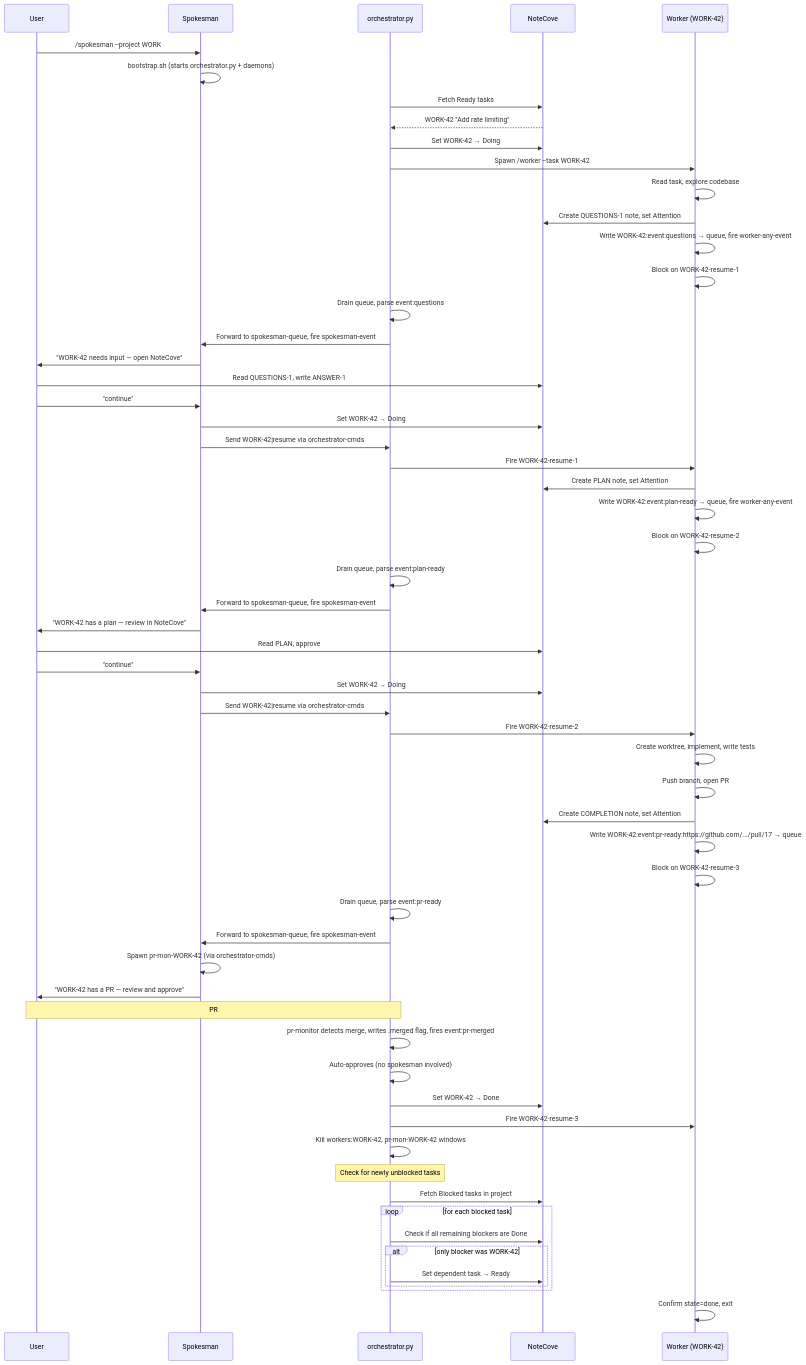
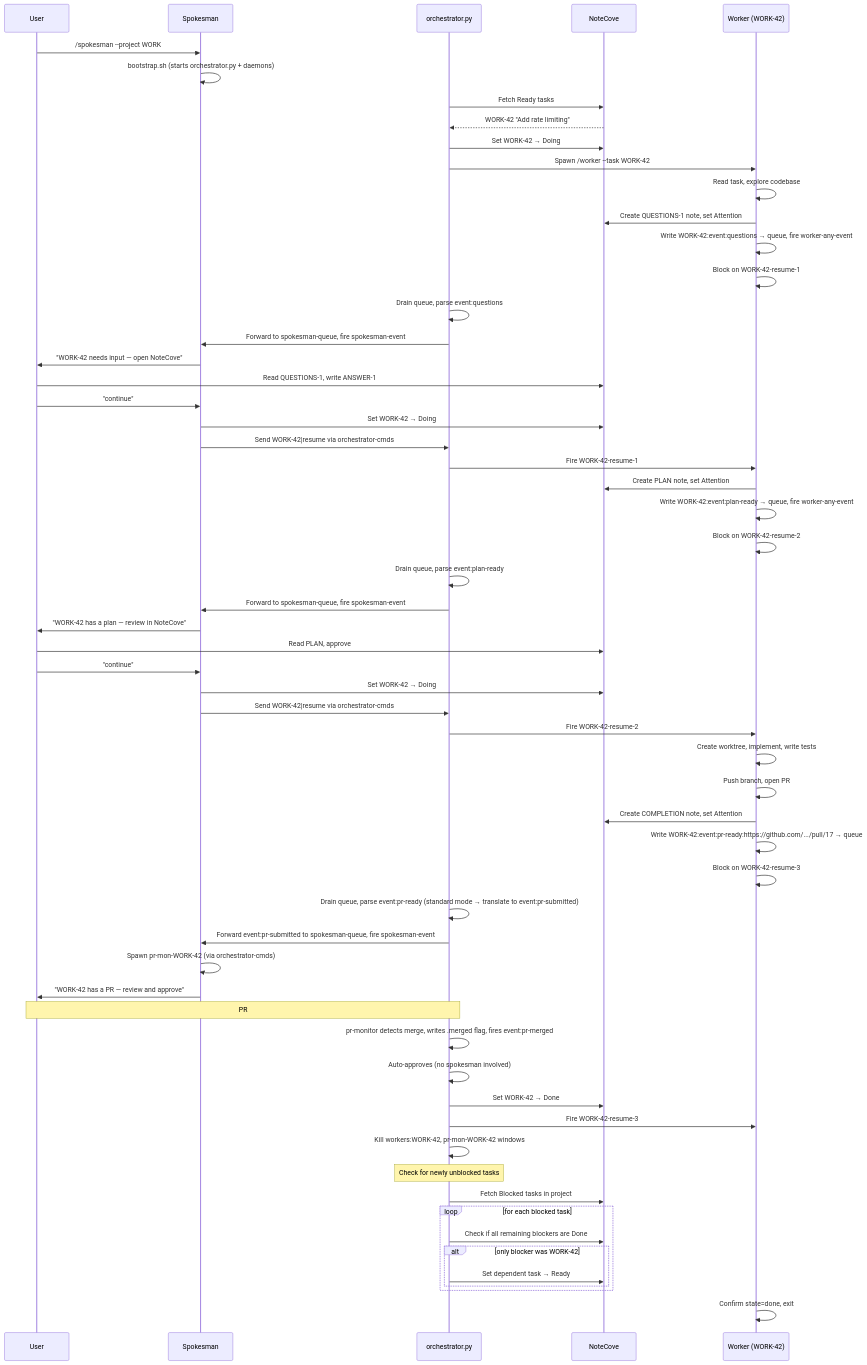
Diagram 11 of 13 in docs/agentic-workflow.md (gara2000/agentmesh), drawn with Mermaid before and after one commit. The commit also changed other lines of this file and 3 other files, not shown here.

First line of the commit message:
feat(spokesman): separate pr-submitted from pr-ready event [WORK-z3n]

````diff
--- a/docs/agentic-workflow.md
+++ b/docs/agentic-workflow.md
@@ -378,70 +391,70 @@
 ```mermaid
 sequenceDiagram
     participant U as User
     participant SP as Spokesman
     participant OP as orchestrator.py
     participant NC as NoteCove
     participant W as Worker (WORK-42)
 
     U->>SP: /spokesman --project WORK
     SP->>SP: bootstrap.sh (starts orchestrator.py + daemons)
     OP->>NC: Fetch Ready tasks
     NC-->>OP: WORK-42 "Add rate limiting"
     OP->>NC: Set WORK-42 → Doing
     OP->>W: Spawn /worker --task WORK-42
 
     W->>W: Read task, explore codebase
     W->>NC: Create QUESTIONS-1 note, set Attention
     W->>W: Write WORK-42:event:questions → queue, fire worker-any-event
     W->>W: Block on WORK-42-resume-1
 
     OP->>OP: Drain queue, parse event:questions
     OP->>SP: Forward to spokesman-queue, fire spokesman-event
     SP->>U: "WORK-42 needs input — open NoteCove"
     U->>NC: Read QUESTIONS-1, write ANSWER-1
     U->>SP: "continue"
     SP->>NC: Set WORK-42 → Doing
     SP->>OP: Send WORK-42|resume via orchestrator-cmds
     OP->>W: Fire WORK-42-resume-1
 
     W->>NC: Create PLAN note, set Attention
     W->>W: Write WORK-42:event:plan-ready → queue, fire worker-any-event
     W->>W: Block on WORK-42-resume-2
 
     OP->>OP: Drain queue, parse event:plan-ready
     OP->>SP: Forward to spokesman-queue, fire spokesman-event
     SP->>U: "WORK-42 has a plan — review in NoteCove"
     U->>NC: Read PLAN, approve
     U->>SP: "continue"
     SP->>NC: Set WORK-42 → Doing
     SP->>OP: Send WORK-42|resume via orchestrator-cmds
     OP->>W: Fire WORK-42-resume-2
 
     W->>W: Create worktree, implement, write tests
     W->>W: Push branch, open PR #17
     W->>NC: Create COMPLETION note, set Attention
     W->>W: Write WORK-42:event:pr-ready:https://github.com/.../pull/17 → queue
     W->>W: Block on WORK-42-resume-3
 
-    OP->>OP: Drain queue, parse event:pr-ready
-    OP->>SP: Forward to spokesman-queue, fire spokesman-event
+    OP->>OP: Drain queue, parse event:pr-ready (standard mode → translate to event:pr-submitted)
+    OP->>SP: Forward event:pr-submitted to spokesman-queue, fire spokesman-event
     SP->>SP: Spawn pr-mon-WORK-42 (via orchestrator-cmds)
     SP->>U: "WORK-42 has a PR — review and approve"
     Note over OP,U: PR #17 is merged on GitHub
     OP->>OP: pr-monitor detects merge, writes .merged flag, fires event:pr-merged
     OP->>OP: Auto-approves (no spokesman involved)
     OP->>NC: Set WORK-42 → Done
     OP->>W: Fire WORK-42-resume-3
     OP->>OP: Kill workers:WORK-42, pr-mon-WORK-42 windows
 
     Note over OP: Check for newly unblocked tasks
     OP->>NC: Fetch Blocked tasks in project
     loop for each blocked task
         OP->>NC: Check if all remaining blockers are Done
         alt only blocker was WORK-42
             OP->>NC: Set dependent task → Ready
         end
     end
 
     W->>W: Confirm state=done, exit
 ```
````
